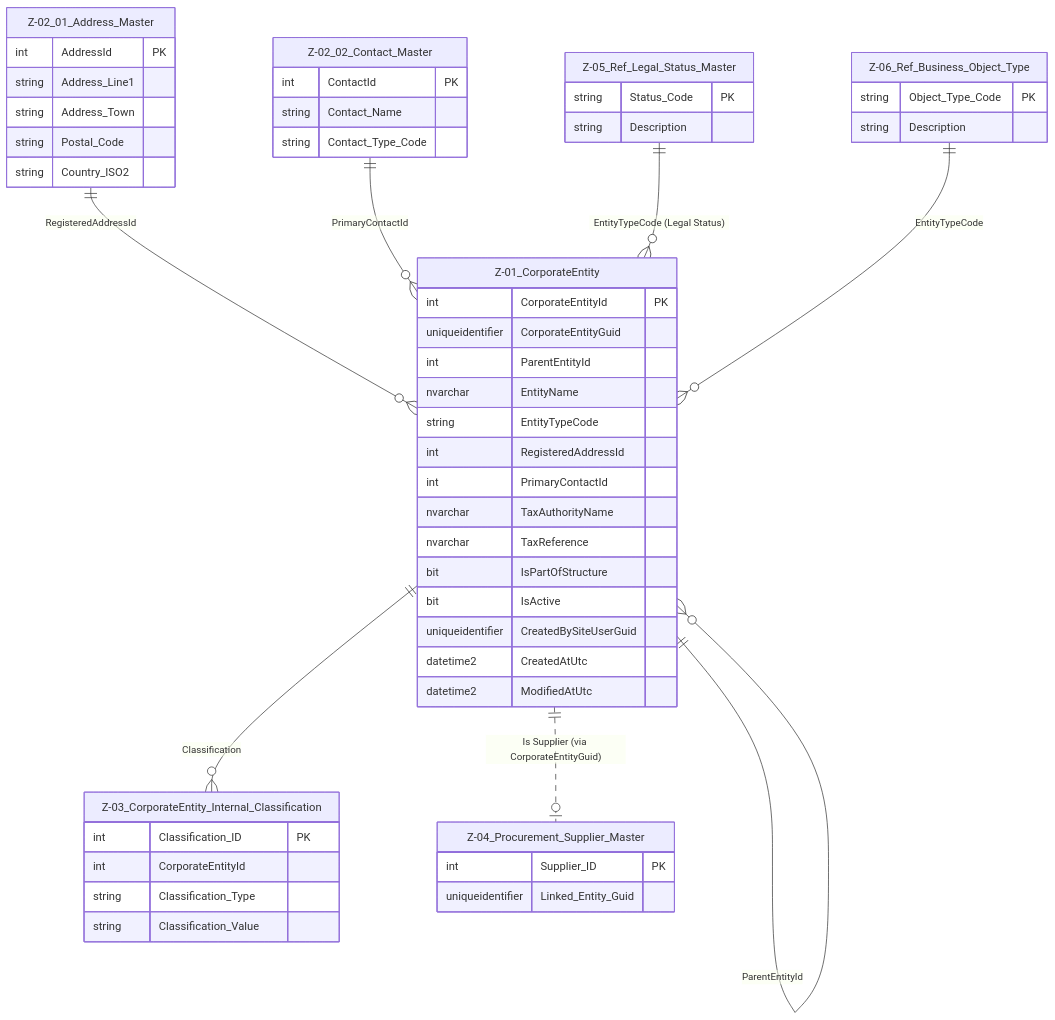
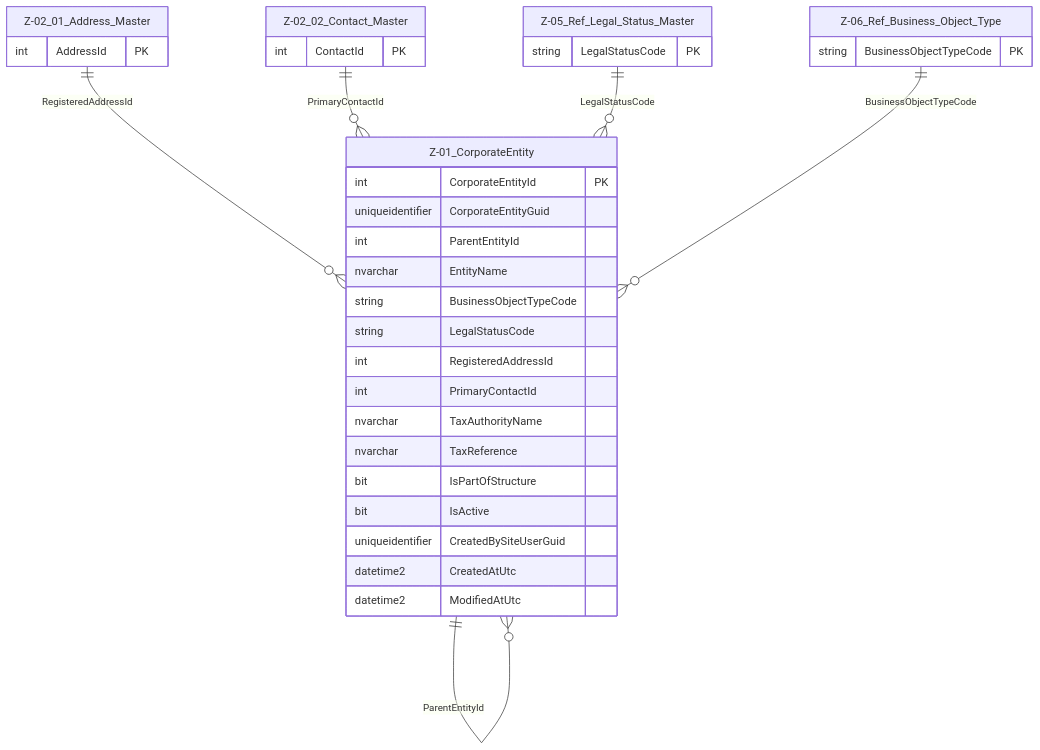
The diagram in 100 DATA MODELLING/Z- Data Entites/Corporate Domain/Z-01 CorporateEntity.md (NeilWP/SUSTINA_CAB), drawn with Mermaid before and after one commit. The commit also changed other lines of this file and 15 other files, not shown here.

````diff
--- a/100 DATA MODELLING/Z- Data Entites/Corporate Domain/Z-01 CorporateEntity.md
+++ b/100 DATA MODELLING/Z- Data Entites/Corporate Domain/Z-01 CorporateEntity.md
@@ -44,15 +59,13 @@
 ```mermaid
 erDiagram
 
-    %% =======================================
-    %% CORPORATE ENTITY CORE
-    %% =======================================
     Z-01_CorporateEntity {
         int CorporateEntityId PK
         uniqueidentifier CorporateEntityGuid
         int ParentEntityId
         nvarchar EntityName
-        string EntityTypeCode
+        string BusinessObjectTypeCode
+        string LegalStatusCode
         int RegisteredAddressId
         int PrimaryContactId
         nvarchar TaxAuthorityName
@@ -64,71 +77,25 @@
         datetime2 ModifiedAtUtc
     }
 
-    %% =======================================
-    %% DIRECTLY CONNECTED Z-02 ENTITIES
-    %% =======================================
     Z-02_01_Address_Master {
         int AddressId PK
-        string Address_Line1
-        string Address_Town
-        string Postal_Code
-        string Country_ISO2
     }
 
     Z-02_02_Contact_Master {
         int ContactId PK
-        string Contact_Name
-        string Contact_Type_Code
-    }
-
-    %% =======================================
-    %% DIRECT CLASSIFICATION / ROLE LINKS
-    %% =======================================
-    Z-03_CorporateEntity_Internal_Classification {
-        int Classification_ID PK
-        int CorporateEntityId
-        string Classification_Type
-        string Classification_Value
-    }
-
-    Z-04_Procurement_Supplier_Master {
-        int Supplier_ID PK
-        uniqueidentifier Linked_Entity_Guid
     }
 
     Z-05_Ref_Legal_Status_Master {
-        string Status_Code PK
-        string Description
+        string LegalStatusCode PK
     }
 
     Z-06_Ref_Business_Object_Type {
-        string Object_Type_Code PK
-        string Description
+        string BusinessObjectTypeCode PK
     }
 
-    %% =======================================
-    %% RELATIONSHIPS (LOGICAL ONLY)
-    %% =======================================
-
-    %% CorporateEntity hierarchy
     Z-01_CorporateEntity ||--o{ Z-01_CorporateEntity : "ParentEntityId"
-
-    %% CorporateEntity → Address (Registered)
     Z-02_01_Address_Master ||--o{ Z-01_CorporateEntity : "RegisteredAddressId"
-
-    %% CorporateEntity → Contact (Primary)
     Z-02_02_Contact_Master ||--o{ Z-01_CorporateEntity : "PrimaryContactId"
-
-    %% CorporateEntity → Internal Classification
-    Z-01_CorporateEntity ||--o{ Z-03_CorporateEntity_Internal_Classification : "Classification"
-
-    %% CorporateEntity → Legal Status
-    Z-05_Ref_Legal_Status_Master ||--o{ Z-01_CorporateEntity : "EntityTypeCode (Legal Status)"
-
-    %% CorporateEntity → Business Object Type
-    Z-06_Ref_Business_Object_Type ||--o{ Z-01_CorporateEntity : "EntityTypeCode"
-
-    %% CorporateEntity → Supplier Role
-    Z-01_CorporateEntity ||..o| Z-04_Procurement_Supplier_Master : "Is Supplier (via CorporateEntityGuid)"
-
+    Z-05_Ref_Legal_Status_Master ||--o{ Z-01_CorporateEntity : "LegalStatusCode"
+    Z-06_Ref_Business_Object_Type ||--o{ Z-01_CorporateEntity : "BusinessObjectTypeCode"
 ```
````
